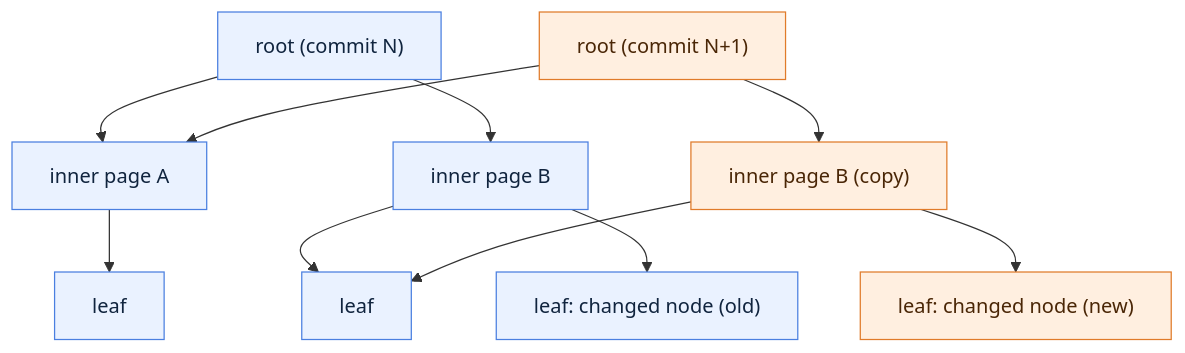
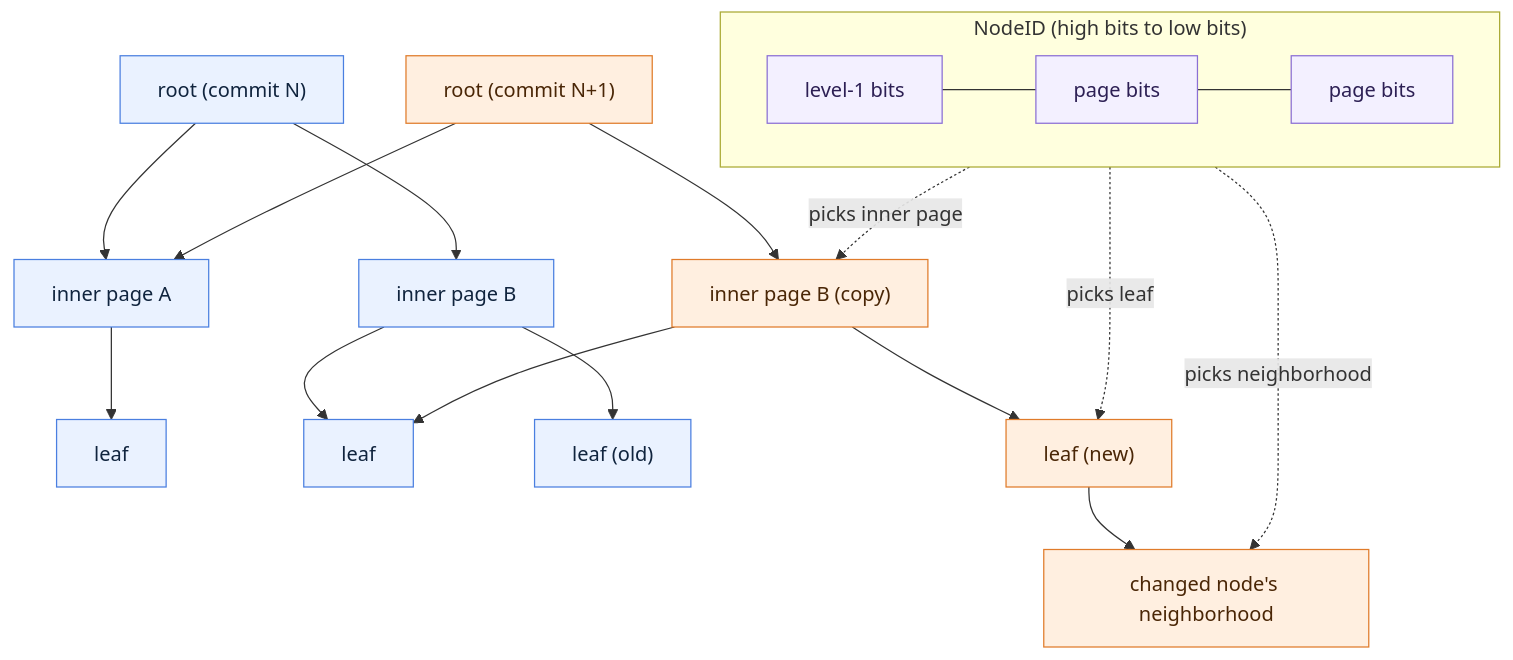
Before and after one commit to turing-db/turingdb: the diagram in samples/commit-index-sim/COMPARISON.md, drawn with Mermaid.

Commit message:
Show NodeID bit indexing in the structure diagram

````diff
--- a/samples/commit-index-sim/COMPARISON.md
+++ b/samples/commit-index-sim/COMPARISON.md
@@ -11,28 +11,37 @@
 ```mermaid
 flowchart TD
     classDef shared fill:#eaf2ff,stroke:#4a7fe0,color:#10243e
     classDef new fill:#ffefe0,stroke:#e07b2a,color:#4a2606
+    classDef bits fill:#f3f0ff,stroke:#8a6fd4,color:#2c1f54
+
+    subgraph nid["NodeID (high bits to low bits)"]
+      direction LR
+      hi["level-1 bits"]:::bits --- mid["page bits"]:::bits --- lo["page bits"]:::bits
+    end
 
     rN["root (commit N)"]:::shared
     rN1["root (commit N+1)"]:::new
-
     A["inner page A"]:::shared
     B["inner page B"]:::shared
     Bn["inner page B (copy)"]:::new
-
     la["leaf"]:::shared
     lb["leaf"]:::shared
-    lc["leaf: changed node (old)"]:::shared
-    lcn["leaf: changed node (new)"]:::new
+    lc["leaf (old)"]:::shared
+    lcn["leaf (new)"]:::new
+    nbr["changed node's neighborhood"]:::new
 
     rN --> A
     rN --> B
     A --> la
     B --> lb
     B --> lc
-
     rN1 --> A
     rN1 --> Bn
     Bn --> lb
     Bn --> lcn
+    lcn --> nbr
+
+    hi -. "picks inner page" .-> Bn
+    mid -. "picks leaf" .-> lcn
+    lo -. "picks neighborhood" .-> nbr
 ```
````
